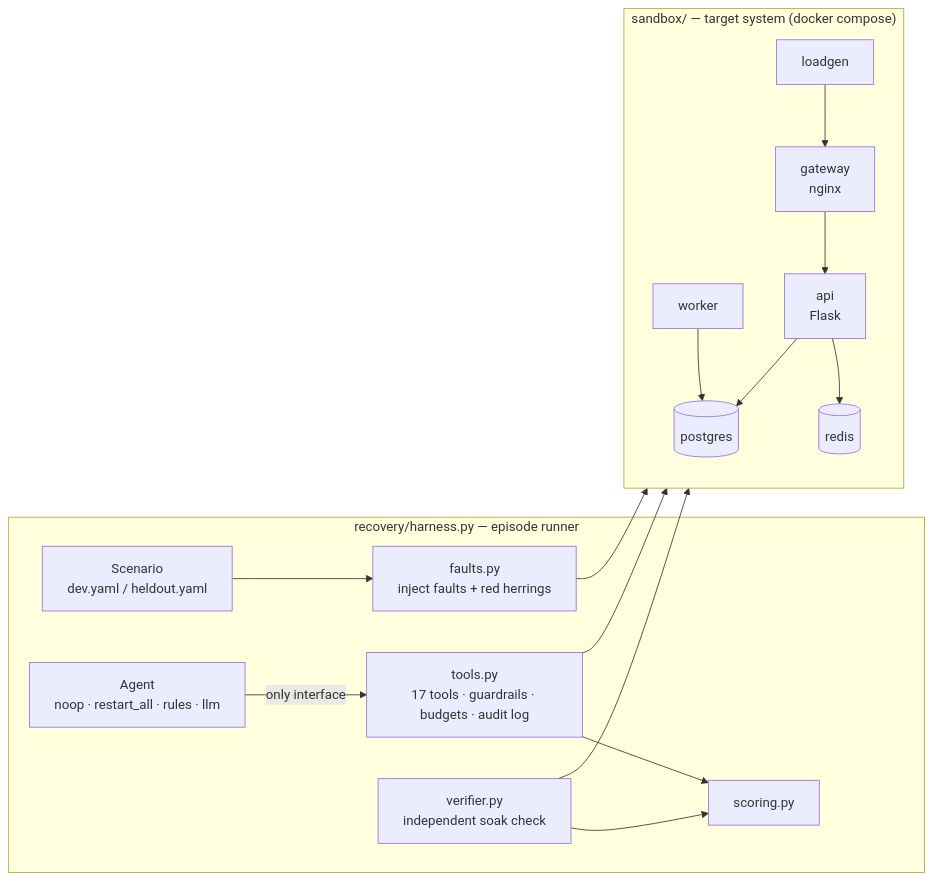
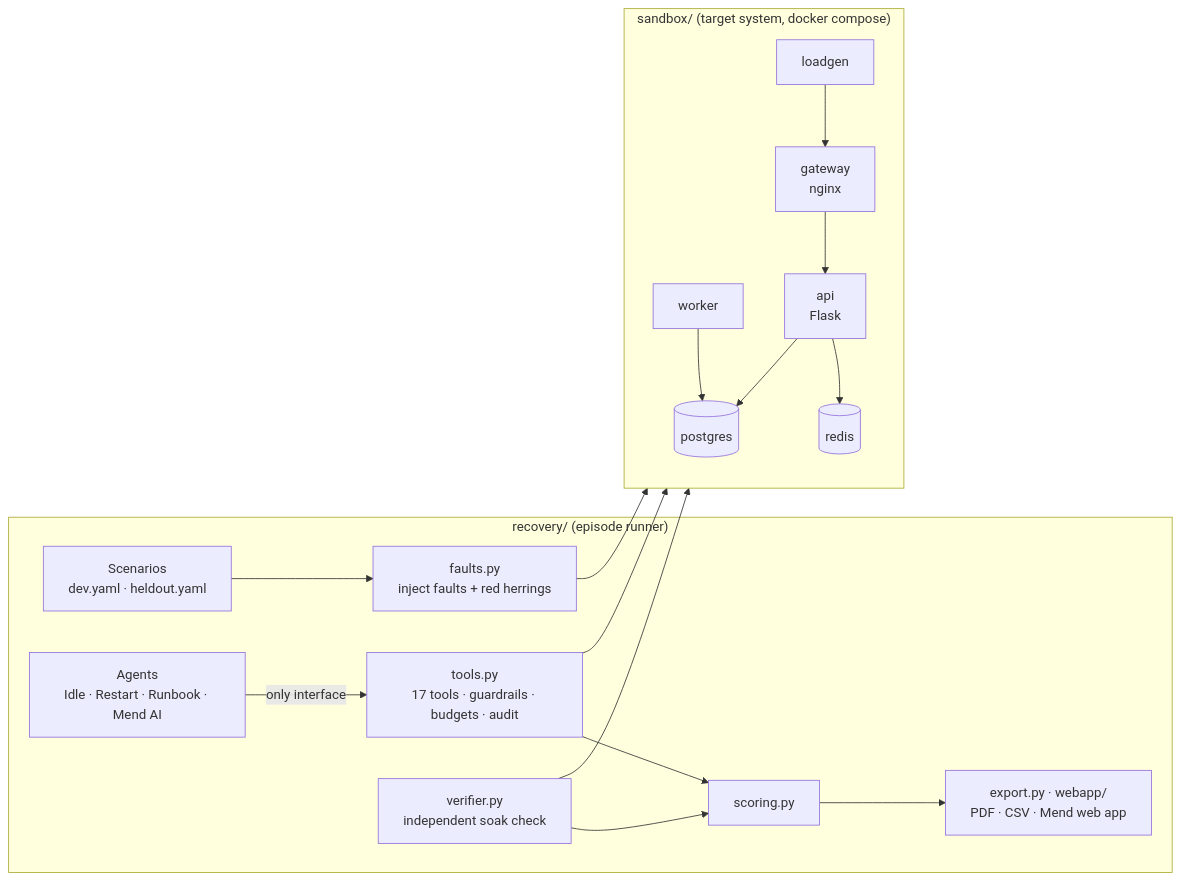
One commit to cisntsharp420/Mend changed the diagram in README.md. Above: the diagram before and after it, drawn with Mermaid. The commit also changed other lines of this file and 20 other files, not shown here.

````diff
--- a/README.md
+++ b/README.md
@@ -48,18 +308,19 @@
 ```mermaid
 flowchart LR
-    subgraph Harness["recovery/harness.py — episode runner"]
-        S[Scenario<br/>dev.yaml / heldout.yaml] --> F[faults.py<br/>inject faults + red herrings]
-        A[Agent<br/>noop · restart_all · rules · llm] -->|only interface| T[tools.py<br/>17 tools · guardrails · budgets · audit log]
+    subgraph Harness["recovery/ (episode runner)"]
+        S[Scenarios<br/>dev.yaml · heldout.yaml] --> F[faults.py<br/>inject faults + red herrings]
+        A[Agents<br/>Idle · Restart · Runbook · Mend AI] -->|only interface| T[tools.py<br/>17 tools · guardrails · budgets · audit]
         V[verifier.py<br/>independent soak check] --> SC[scoring.py]
         T --> SC
+        SC --> R[export.py · webapp/<br/>PDF · CSV · Mend web app]
     end
-    subgraph ShopStack["sandbox/ — target system (docker compose)"]
+    subgraph ShopStack["sandbox/ (target system, docker compose)"]
         G[gateway<br/>nginx] --> API[api<br/>Flask] --> PG[(postgres)]
-        API --> R[(redis)]
+        API --> RD[(redis)]
         W[worker] --> PG
         L[loadgen] --> G
     end
     F --> ShopStack
     T --> ShopStack
     V --> ShopStack
 ```
````
